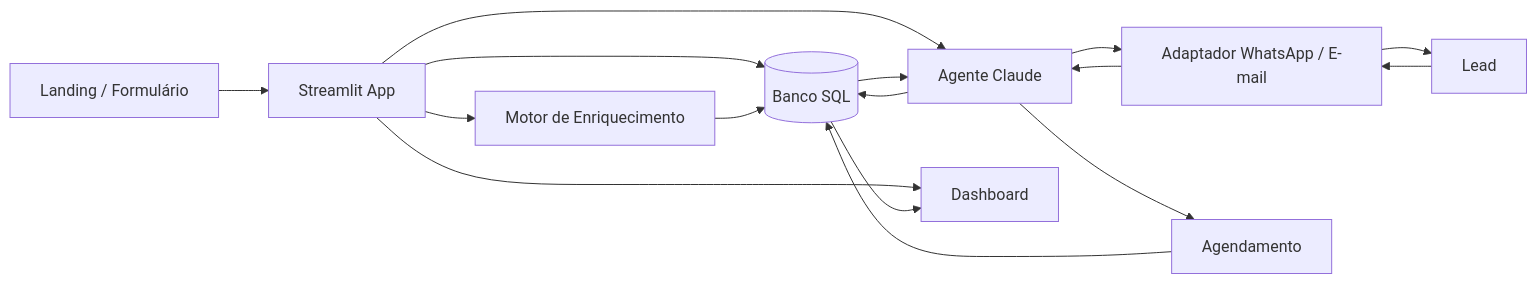
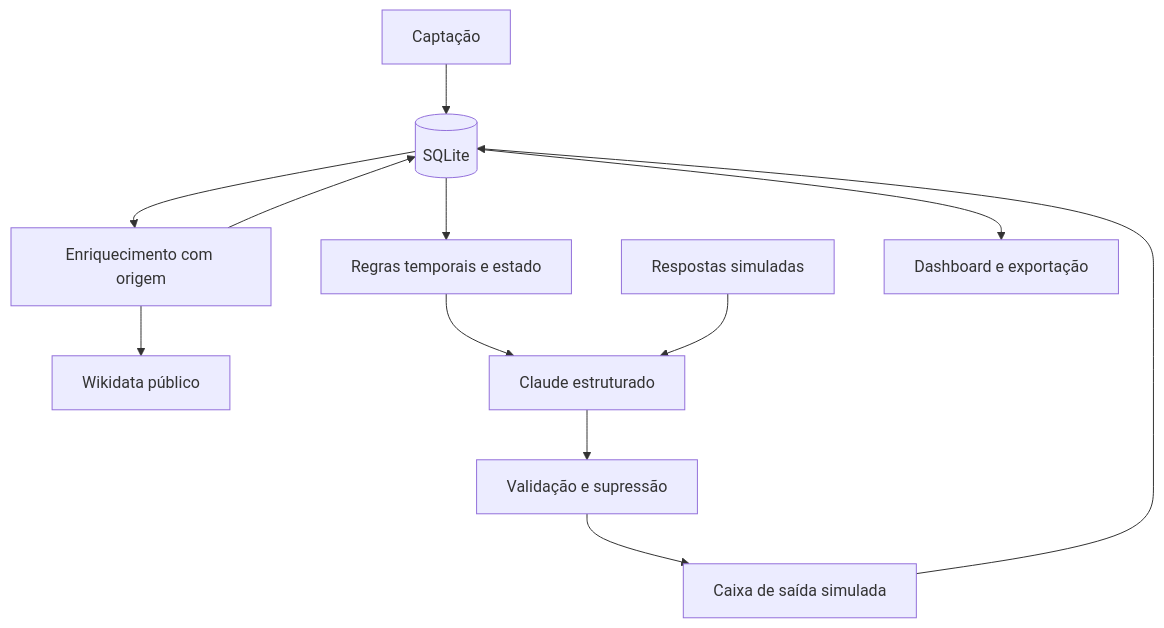
The diagram in architecture.mmd (jocelioxp-sketch/vigil-ai-mvp), drawn with Mermaid before and after one commit. The commit also changed 16 other files, not shown here.

Commit message:
fix: enforce opt-out, execute timed rules, trace public enrichment and validate evaluator flow

```diff
--- a/architecture.mmd
+++ b/architecture.mmd
@@ -1,16 +1,12 @@
-flowchart LR
-    A[Landing / Formulário] --> B[Streamlit App]
-    B --> C[(Banco SQL)]
-    B --> D[Motor de Enriquecimento]
-    D --> C
-    B --> E[Agente Claude]
-    C --> E
-    E --> F[Adaptador WhatsApp / E-mail]
-    F --> G[Lead]
-    G --> F
-    F --> E
-    E --> C
-    B --> H[Dashboard]
-    C --> H
-    E --> I[Agendamento]
-    I --> C
+flowchart TD
+  A[Captação] --> B[(SQLite)]
+  B --> C[Enriquecimento com origem]
+  C --> D[Wikidata público]
+  C --> B
+  B --> E[Regras temporais e estado]
+  E --> F[Claude estruturado]
+  F --> G[Validação e supressão]
+  G --> H[Caixa de saída simulada]
+  H --> B
+  I[Respostas simuladas] --> F
+  B --> J[Dashboard e exportação]
```
